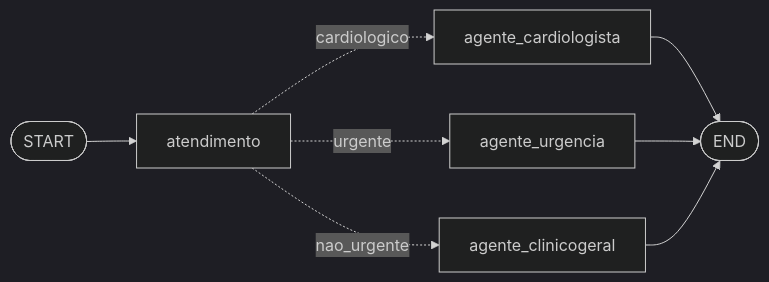
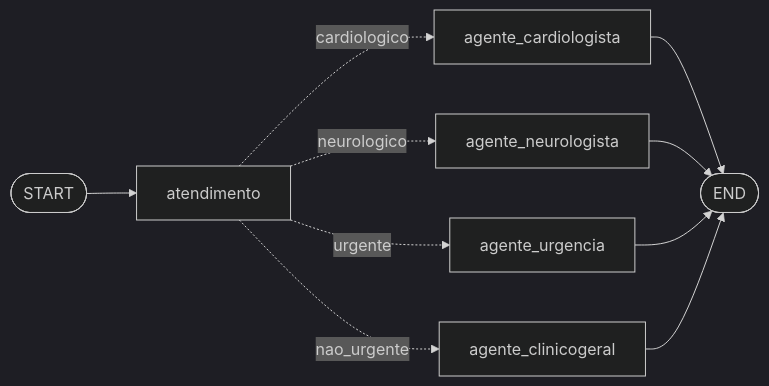
Before and after one commit to ivestulio/susia: the diagram in README.md, drawn with Mermaid (dark theme). The commit also changed other lines of this file and 7 other files, not shown here.

First line of the commit message:
feat(agent): Passo 05: agente_neurologista como ramo da triagem

````diff
--- a/README.md
+++ b/README.md
@@ -17,10 +18,12 @@
 ```mermaid
 graph LR
     START([START]) --> atendimento
     atendimento -. cardiologico .-> agente_cardiologista
+    atendimento -. neurologico .-> agente_neurologista
     atendimento -. urgente .-> agente_urgencia
     atendimento -. nao_urgente .-> agente_clinicogeral
     agente_cardiologista --> FIM([END])
+    agente_neurologista --> FIM
     agente_urgencia --> FIM
     agente_clinicogeral --> FIM
 ```
````
